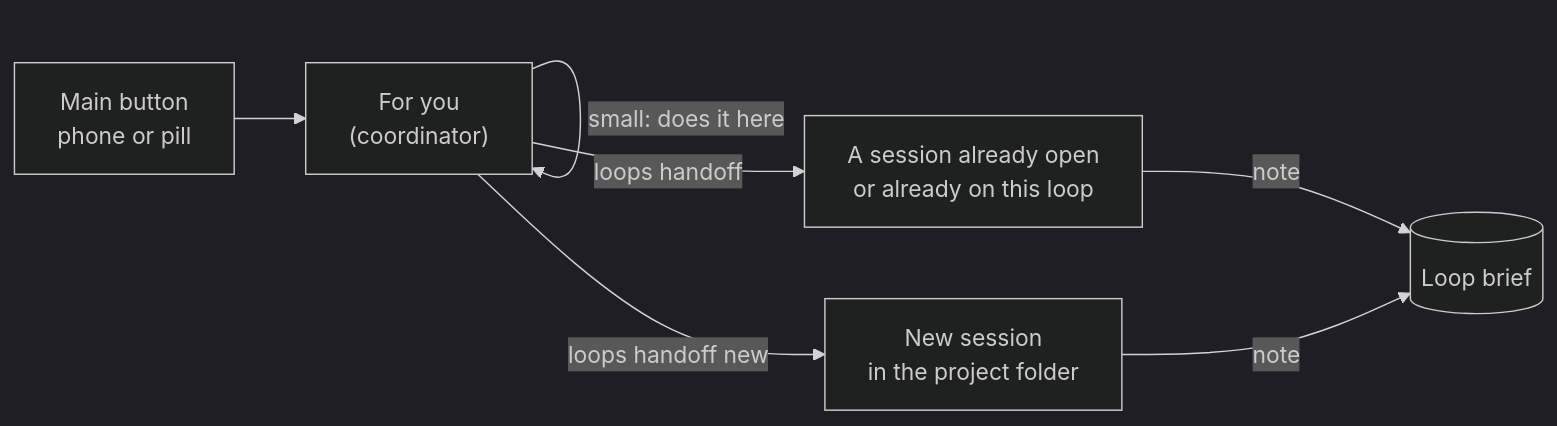
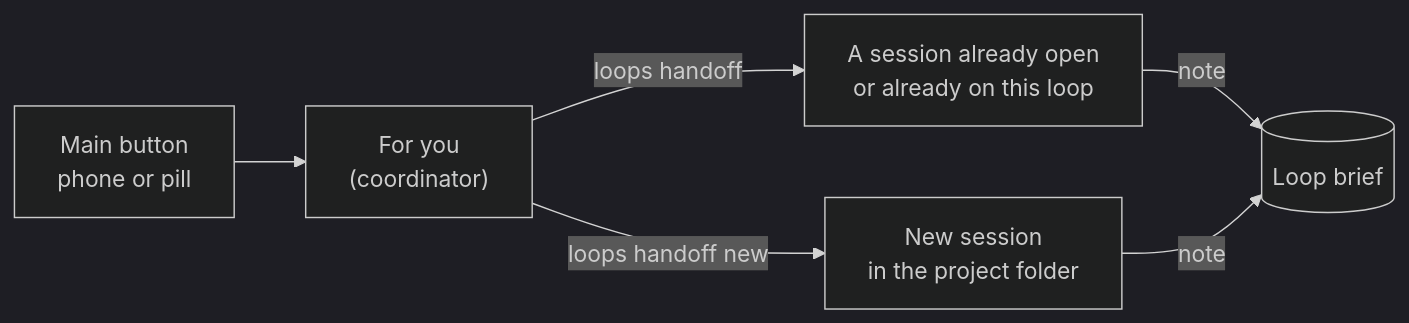
The fifth of 7 diagrams in docs/proactive.md (MisterBrookT/pi-x), drawn with Mermaid (dark theme) before and after one commit. The commit also changed other lines of this file and 3 other files, not shown here.

````diff
--- a/docs/proactive.md
+++ b/docs/proactive.md
@@ -142,8 +142,7 @@
 ```mermaid
 flowchart LR
   T[Main button<br/>phone or pill] --> C["For you<br/>(coordinator)"]
-  C -- small: does it here --> C
   C -- "loops handoff" --> W1[A session already open<br/>or already on this loop]
   C -- "loops handoff new" --> W2[New session<br/>in the project folder]
   W1 & W2 -- "note" --> L[(Loop brief)]
 ```
````
